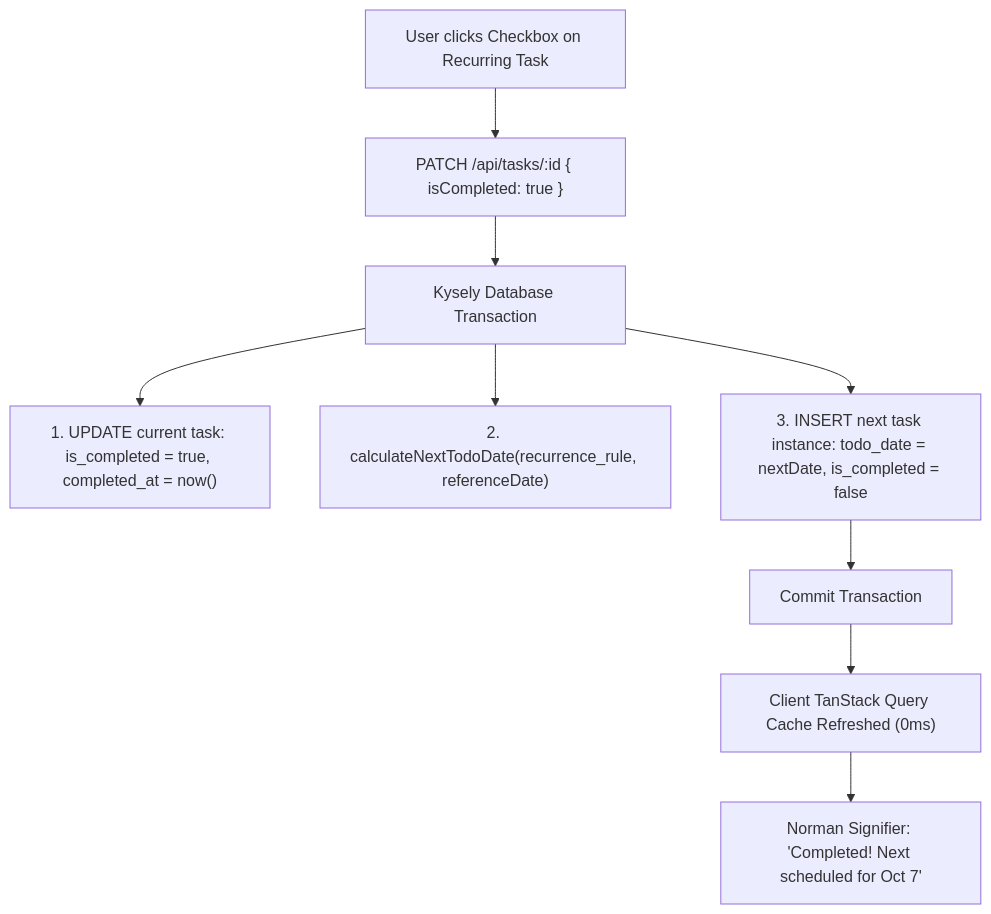
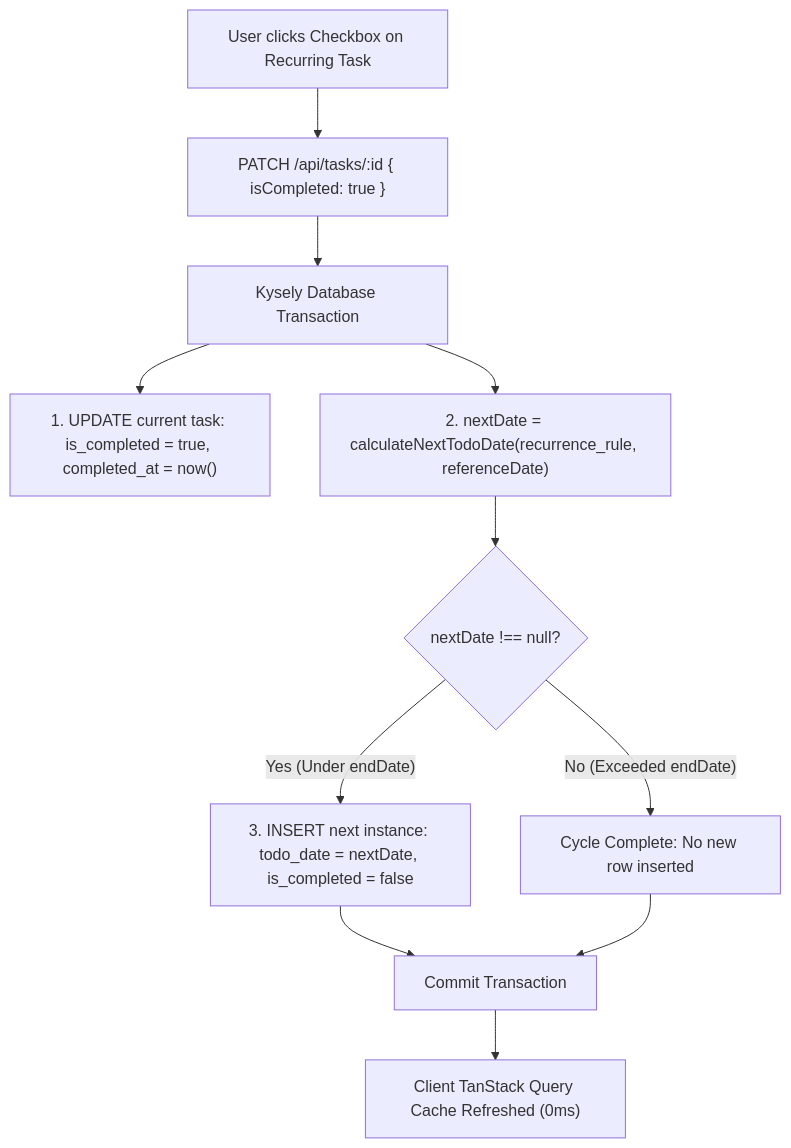
One commit to grigdevelop/SMT changed the diagram in docs/features/repeating-tasks.md. Above: the diagram before and after it, drawn with Mermaid. The commit also changed other lines of this file and 11 other files, not shown here.

````diff
--- a/docs/features/repeating-tasks.md
+++ b/docs/features/repeating-tasks.md
@@ -61,11 +72,13 @@
 ```mermaid
 flowchart TD
     A["User clicks Checkbox on Recurring Task"] --> B["PATCH /api/tasks/:id { isCompleted: true }"]
     B --> C["Kysely Database Transaction"]
     C --> D["1. UPDATE current task: is_completed = true, completed_at = now()"]
-    C --> E["2. calculateNextTodoDate(recurrence_rule, referenceDate)"]
-    C --> F["3. INSERT next task instance: todo_date = nextDate, is_completed = false"]
-    F --> G["Commit Transaction"]
-    G --> H["Client TanStack Query Cache Refreshed (0ms)"]
-    H --> I["Norman Signifier: 'Completed! Next scheduled for Oct 7'"]
+    C --> E["2. nextDate = calculateNextTodoDate(recurrence_rule, referenceDate)"]
+    E --> F{"nextDate !== null?"}
+    F -->|"Yes (Under endDate)"| G["3. INSERT next instance: todo_date = nextDate, is_completed = false"]
+    F -->|"No (Exceeded endDate)"| H["Cycle Complete: No new row inserted"]
+    G --> I["Commit Transaction"]
+    H --> I
+    I --> J["Client TanStack Query Cache Refreshed (0ms)"]
 ```
````
